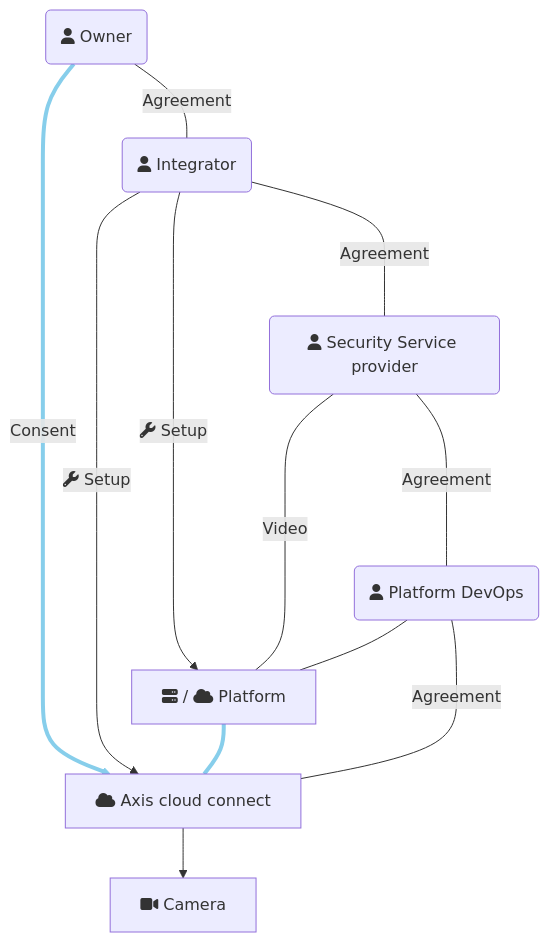
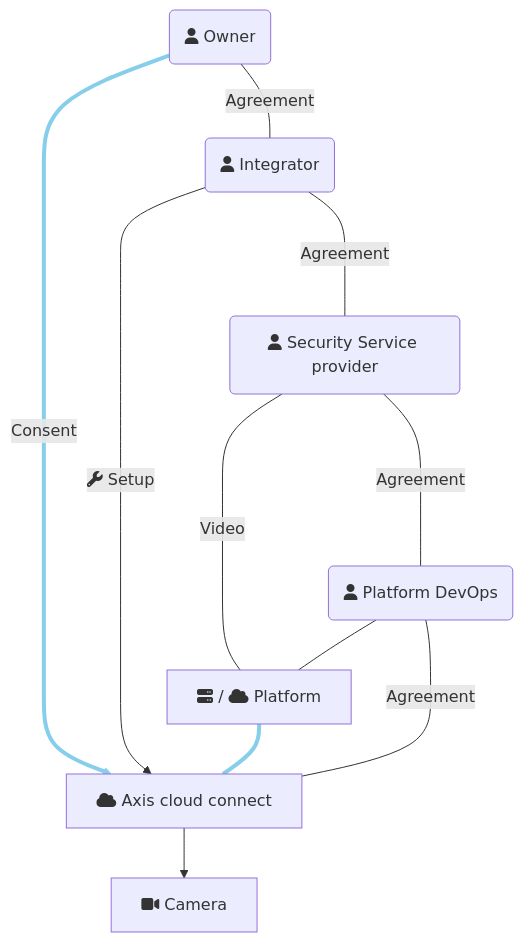
Before and after one commit to janssen70/P: the diagram in README.md, drawn with Mermaid. The commit also changed other lines of this file and 4 other files, not shown here.

````diff
--- a/README.md
+++ b/README.md
@@ -30,22 +30,22 @@
 ```mermaid
 flowchart TD
    O(fas:fa-user Owner)
    S(fas:fa-user Security Service provider)
    I(fas:fa-user Integrator)
    D(fas:fa-user Platform DevOps)
    P[fas:fa-server / fas:fa-cloud Platform]
    C[fas:fa-video Camera]
    CC[fas:fa-cloud Axis cloud connect]
    P --- CC
    I --> | fas:fa-wrench Setup | CC
-   I --> | fas:fa-wrench Setup | P
+%%   I --> | fas:fa-wrench Setup | P
    CC --> C
    O --> |Consent| CC
    S --- |Video| P
    O --- | Agreement | I
    I ---- | Agreement | S
    D --- P
    D --- | Agreement | CC
    S ---- | Agreement | D
-   linkStyle 0,4 stroke:skyblue,stroke-width:4;
+   linkStyle 0,3 stroke:skyblue,stroke-width:4;
 ```
````
